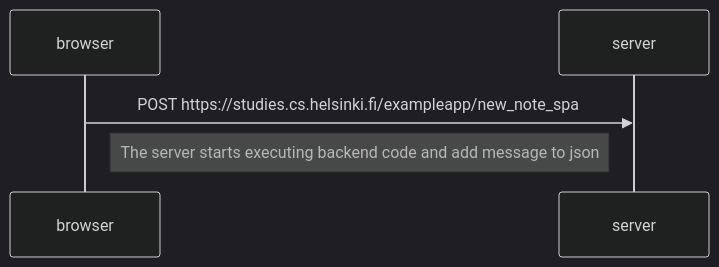
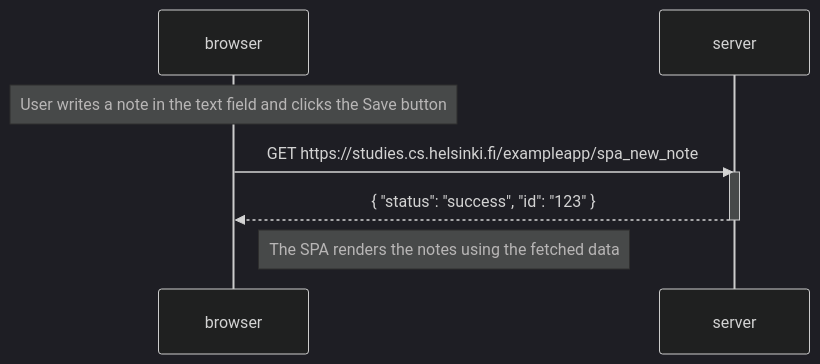
The diagram in part 0/0.6.md (martyna32/fullstackopenMartyna-Podg-rska), drawn with Mermaid (dark theme) before and after one commit. The commit also changed 1 other file, not shown here.

Commit message:
zrobione

````diff
--- a/part 0/0.6.md
+++ b/part 0/0.6.md
@@ -1,8 +1,14 @@
 ```mermaid
 sequenceDiagram
     participant browser
     participant server
-
-    browser->>server: POST https://studies.cs.helsinki.fi/exampleapp/new_note_spa
-    Note right of browser: The server starts executing backend code and add message to json
-``` 
+ 
+    Note over browser: User writes a note in the text field and clicks the Save button
+ 
+    browser->>server: GET https://studies.cs.helsinki.fi/exampleapp/spa_new_note
+    activate server
+    server-->>browser: { "status": "success", "id": "123" }
+    deactivate server
+ 
+    Note right of browser: The SPA renders the notes using the fetched data
+```
````
